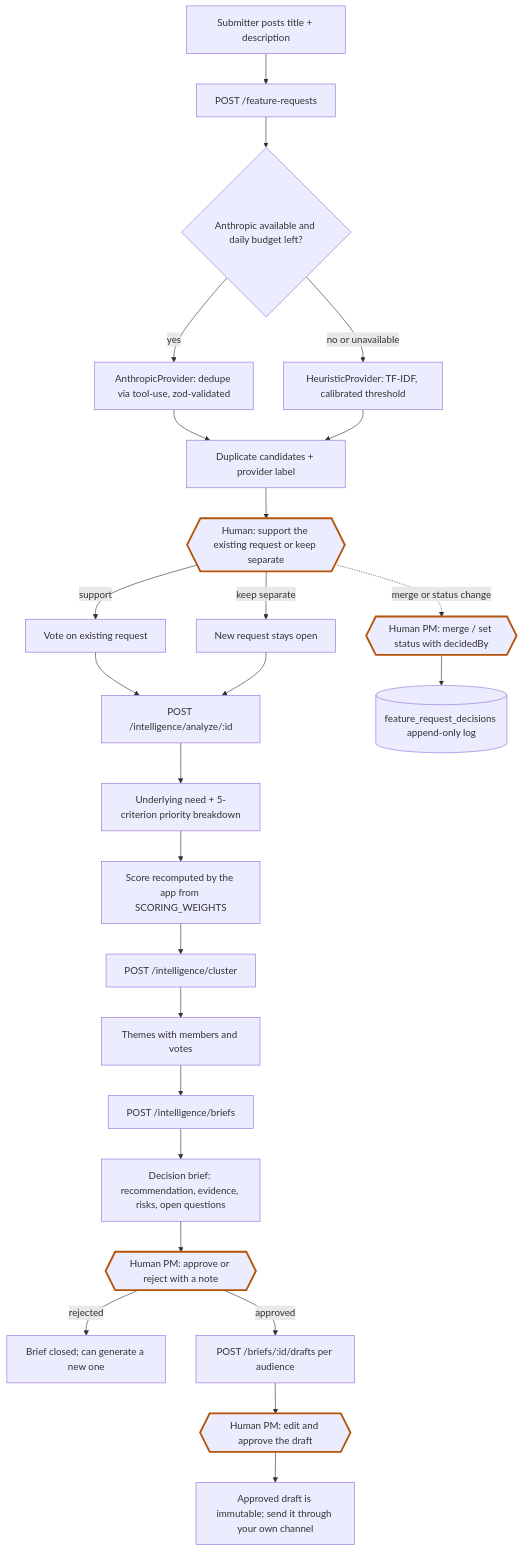
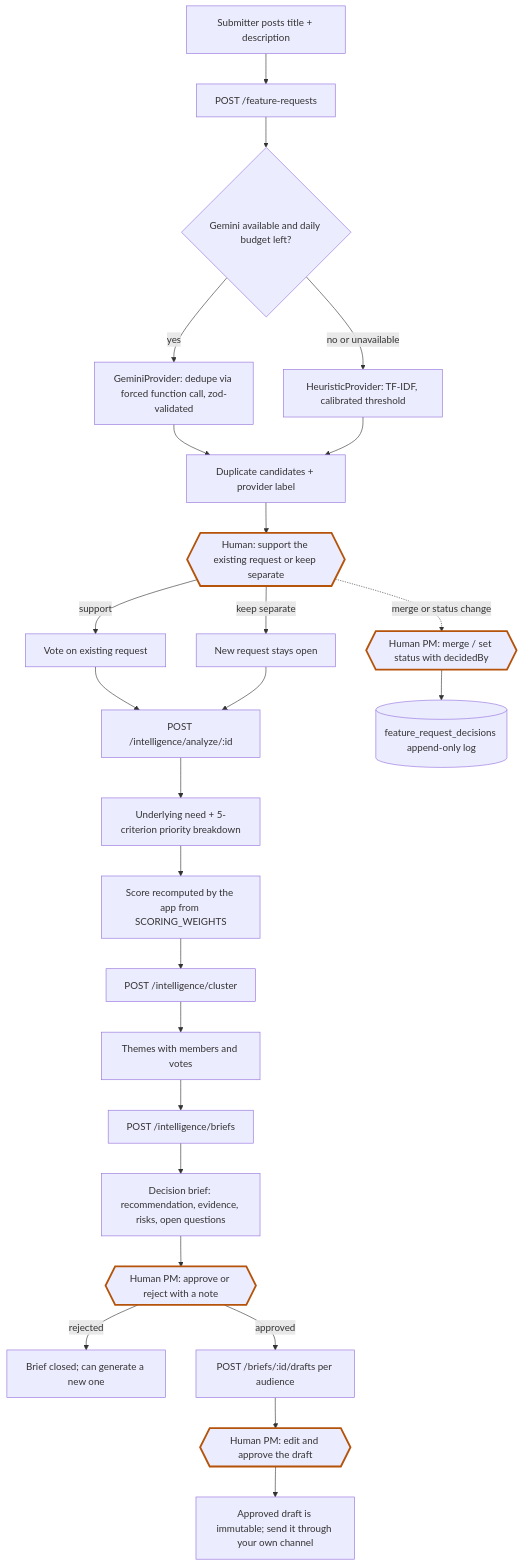
The diagram in docs/flow.md (ricardofagmer/metacto), drawn with Mermaid before and after one commit. The commit also changed other lines of this file and 55 other files, not shown here.

First line of the commit message:
feat(intelligence): replace Anthropic with Gemini Flash

````diff
--- a/docs/flow.md
+++ b/docs/flow.md
@@ -6,30 +6,30 @@
 ```mermaid
 flowchart TD
     A[Submitter posts title + description] --> B[POST /feature-requests]
-    B --> C{Anthropic available and daily budget left?}
-    C -- yes --> D[AnthropicProvider: dedupe via tool-use, zod-validated]
+    B --> C{Gemini available and daily budget left?}
+    C -- yes --> D[GeminiProvider: dedupe via forced function call, zod-validated]
     C -- no or unavailable --> E[HeuristicProvider: TF-IDF, calibrated threshold]
     D --> F[Duplicate candidates + provider label]
     E --> F
     F --> G{{Human: support the existing request or keep separate}}
     G -- support --> H[Vote on existing request]
     G -- keep separate --> I[New request stays open]
     H --> J[POST /intelligence/analyze/:id]
     I --> J
     J --> K[Underlying need + 5-criterion priority breakdown]
     K --> L[Score recomputed by the app from SCORING_WEIGHTS]
     L --> M[POST /intelligence/cluster]
     M --> N[Themes with members and votes]
     N --> O[POST /intelligence/briefs]
     O --> P[Decision brief: recommendation, evidence, risks, open questions]
     P --> Q{{Human PM: approve or reject with a note}}
     Q -- rejected --> R[Brief closed; can generate a new one]
     Q -- approved --> S[POST /briefs/:id/drafts per audience]
     S --> T{{Human PM: edit and approve the draft}}
     T --> U[Approved draft is immutable; send it through your own channel]
     G -. merge or status change .-> V{{Human PM: merge / set status with decidedBy}}
     V --> W[(feature_request_decisions append-only log)]
 
     classDef human stroke-width:3px,stroke:#b45309;
     class G,Q,T,V human;
 ```
````
